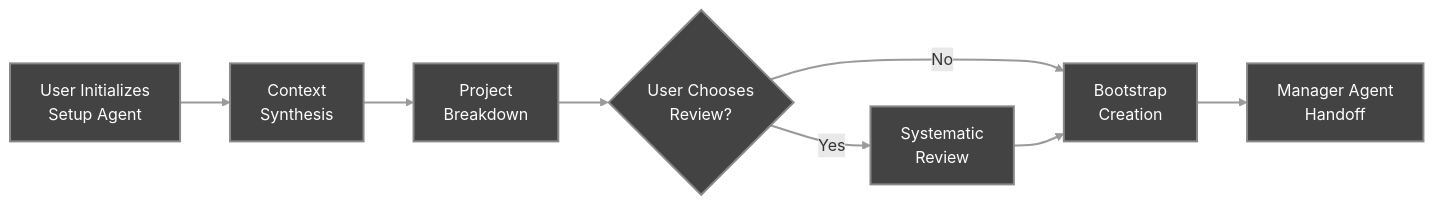
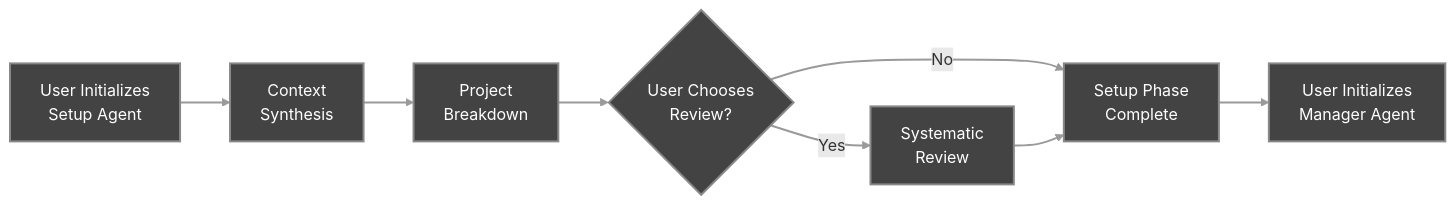
One commit to sdi2200262/agentic-project-management changed the first of 5 diagrams in docs/Workflow_Overview.md. Above: the diagram before and after it, drawn with Mermaid. The commit also changed other lines of this file and 6 other files, not shown here.

````diff
--- a/docs/Workflow_Overview.md
+++ b/docs/Workflow_Overview.md
@@ -22,13 +22,13 @@
 ```mermaid
 graph LR
     A[User Initializes<br/>Setup Agent] --> C[Context<br/>Synthesis]
     C --> D[Project<br/>Breakdown]
     D --> E{User Chooses<br/>Review?}
     E -->|Yes| F[Systematic<br/>Review]
-    E -->|No| H[Bootstrap<br/>Creation]
+    E -->|No| H[Setup Phase<br/>Complete]
     F --> H
-    H --> I[Manager Agent<br/>Handoff]
-    
+    H --> I[User Initializes<br/>Manager Agent]
+
     classDef default fill:#434343,stroke:#888888,stroke-width:2px,color:#ffffff
     linkStyle default stroke:#9A9A9A,stroke-width:2px
 ```
````
